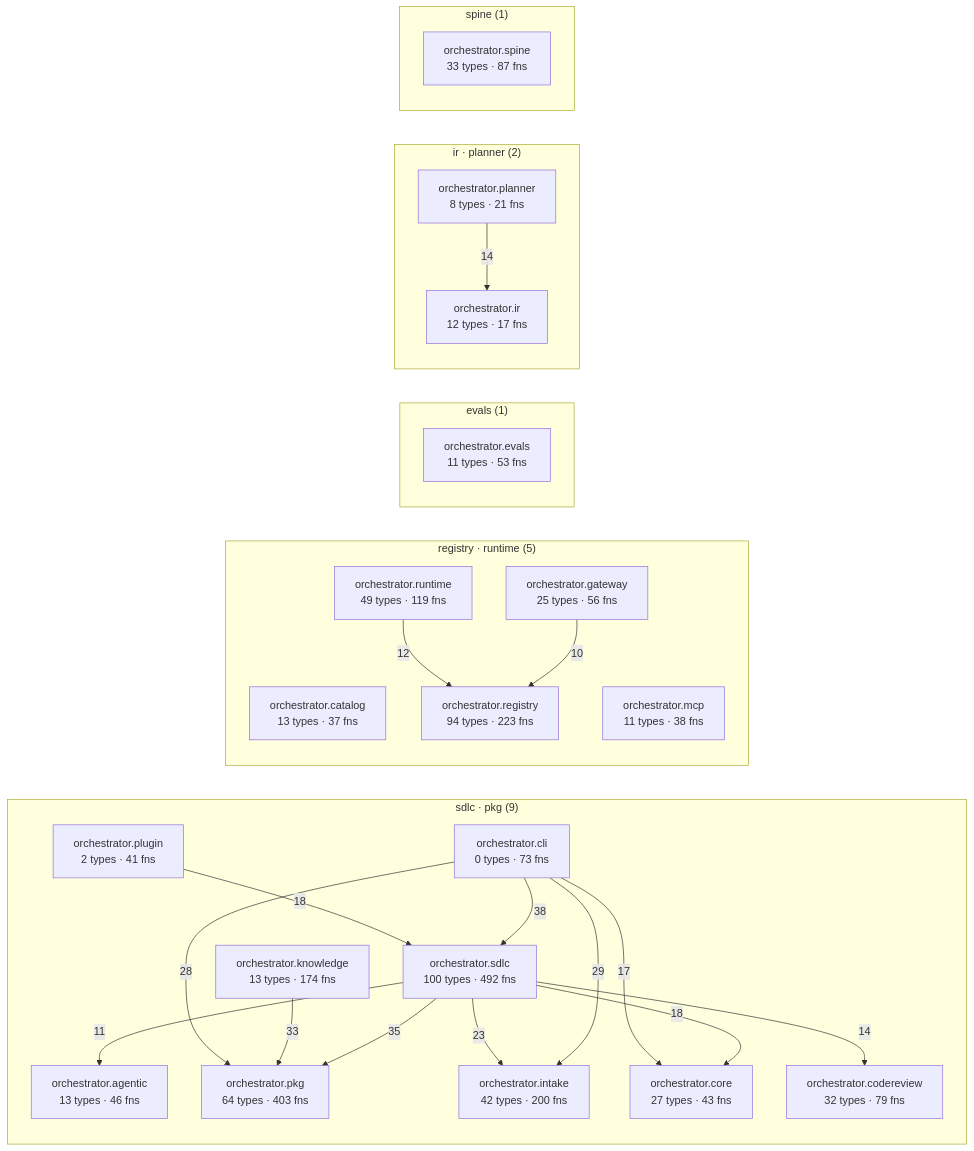
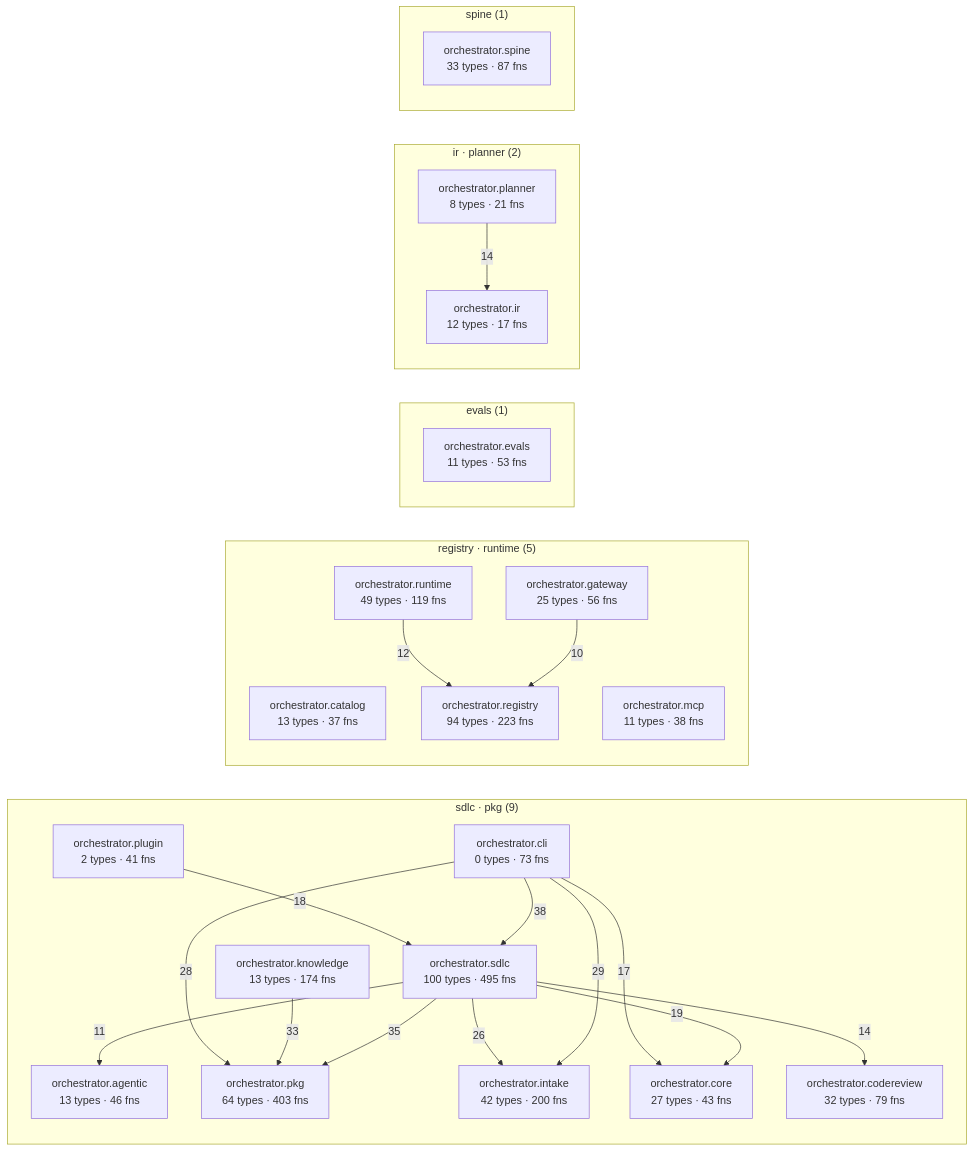
The diagram in episteme/architecture.md (synaptixs/spine), drawn with Mermaid before and after one commit. The commit also changed other lines of this file and 12 other files, not shown here.

````diff
--- a/episteme/architecture.md
+++ b/episteme/architecture.md
@@ -54,45 +54,45 @@
 ```mermaid
 flowchart LR
   subgraph c_1["sdlc · pkg (9)"]
     aorchestratoragentic["orchestrator.agentic<br/>13 types · 46 fns"]
     aorchestratorcli["orchestrator.cli<br/>0 types · 73 fns"]
     aorchestratorcodereview["orchestrator.codereview<br/>32 types · 79 fns"]
     aorchestratorcore["orchestrator.core<br/>27 types · 43 fns"]
     aorchestratorintake["orchestrator.intake<br/>42 types · 200 fns"]
     aorchestratorknowledge["orchestrator.knowledge<br/>13 types · 174 fns"]
     aorchestratorpkg["orchestrator.pkg<br/>64 types · 403 fns"]
     aorchestratorplugin["orchestrator.plugin<br/>2 types · 41 fns"]
-    aorchestratorsdlc["orchestrator.sdlc<br/>100 types · 492 fns"]
+    aorchestratorsdlc["orchestrator.sdlc<br/>100 types · 495 fns"]
   end
   subgraph c_3["registry · runtime (5)"]
     aorchestratorcatalog["orchestrator.catalog<br/>13 types · 37 fns"]
     aorchestratorgateway["orchestrator.gateway<br/>25 types · 56 fns"]
     aorchestratormcp["orchestrator.mcp<br/>11 types · 38 fns"]
     aorchestratorregistry["orchestrator.registry<br/>94 types · 223 fns"]
     aorchestratorruntime["orchestrator.runtime<br/>49 types · 119 fns"]
   end
   subgraph c_5["evals (1)"]
     aorchestratorevals["orchestrator.evals<br/>11 types · 53 fns"]
   end
   subgraph c_7["ir · planner (2)"]
     aorchestratorir["orchestrator.ir<br/>12 types · 17 fns"]
     aorchestratorplanner["orchestrator.planner<br/>8 types · 21 fns"]
   end
   subgraph c_10["spine (1)"]
     aorchestratorspine["orchestrator.spine<br/>33 types · 87 fns"]
   end
   aorchestratorcli -->|38| aorchestratorsdlc
   aorchestratorsdlc -->|35| aorchestratorpkg
   aorchestratorknowledge -->|33| aorchestratorpkg
   aorchestratorcli -->|29| aorchestratorintake
   aorchestratorcli -->|28| aorchestratorpkg
-  aorchestratorsdlc -->|23| aorchestratorintake
+  aorchestratorsdlc -->|26| aorchestratorintake
+  aorchestratorsdlc -->|19| aorchestratorcore
   aorchestratorplugin -->|18| aorchestratorsdlc
-  aorchestratorsdlc -->|18| aorchestratorcore
   aorchestratorcli -->|17| aorchestratorcore
   aorchestratorplanner -->|14| aorchestratorir
   aorchestratorsdlc -->|14| aorchestratorcodereview
   aorchestratorruntime -->|12| aorchestratorregistry
   aorchestratorsdlc -->|11| aorchestratoragentic
   aorchestratorgateway -->|10| aorchestratorregistry
 ```
````
